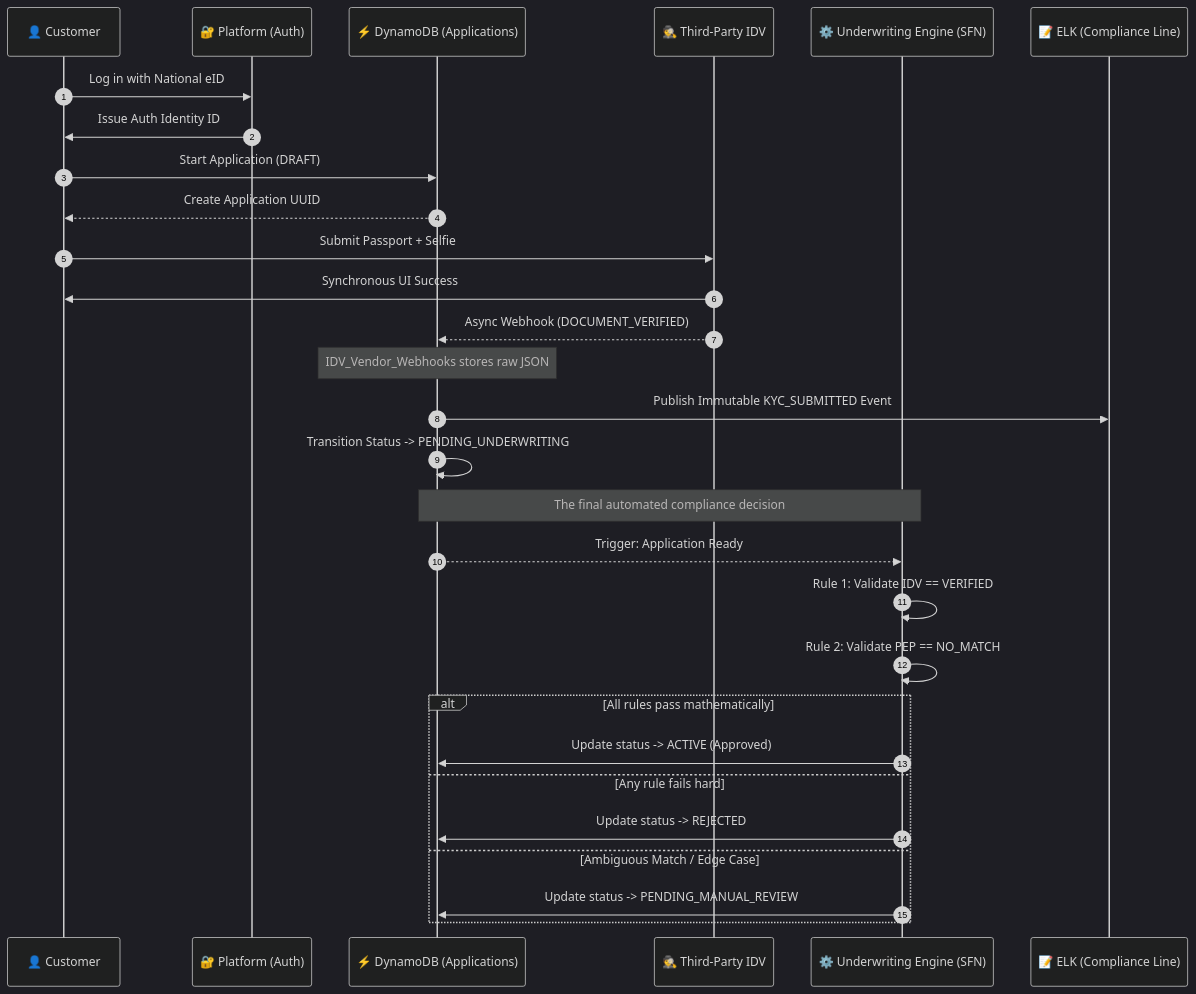
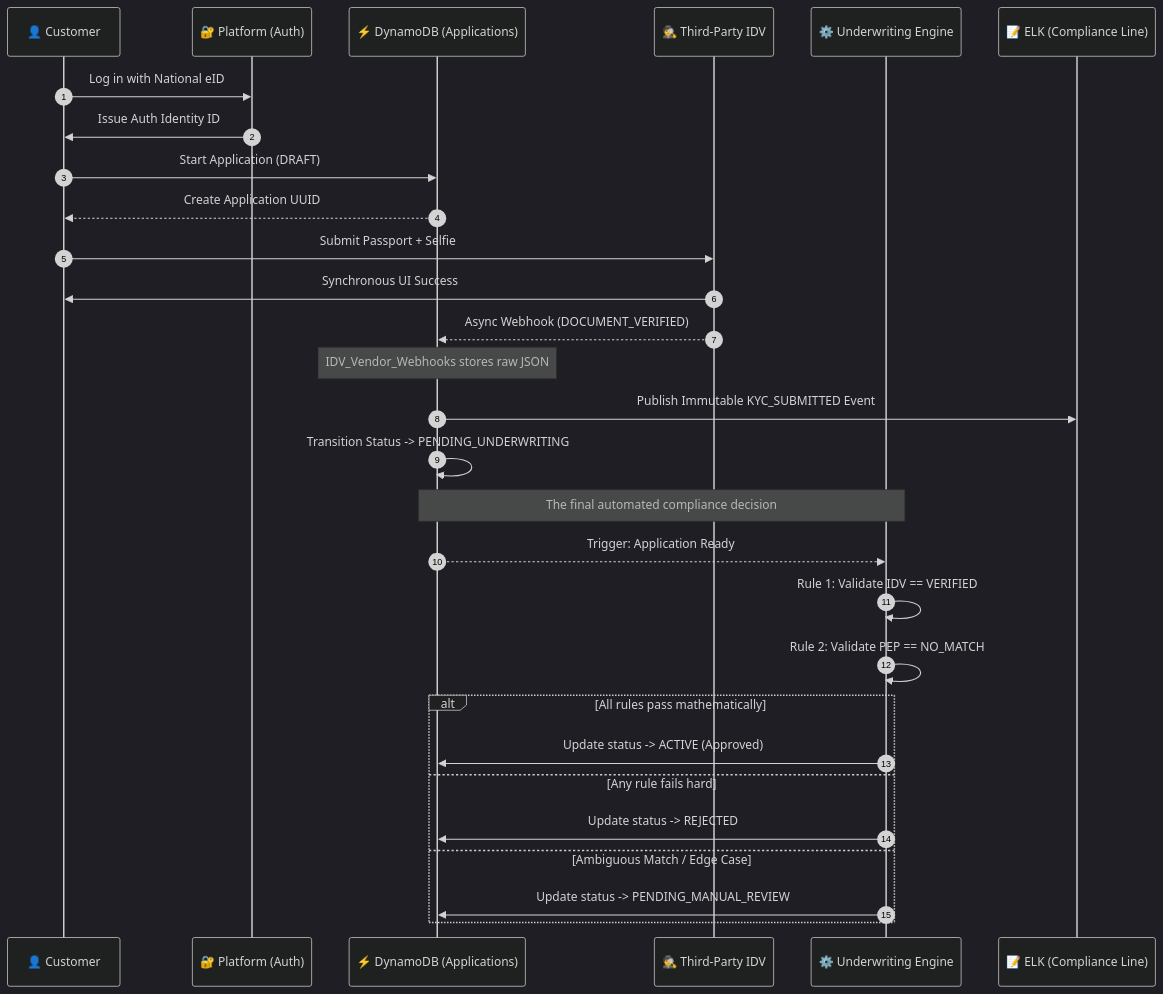
Before and after one commit to saeed-vayghan/Assignment-Fintech-Saving-Account-Private: the second of 6 diagrams in 02-requirements/09-db-model.md, drawn with Mermaid (dark theme). The commit also changed other lines of this file and 36 other files, not shown here.

````diff
--- a/02-requirements/09-db-model.md
+++ b/02-requirements/09-db-model.md
@@ -186,37 +214,37 @@
 ```mermaid
 sequenceDiagram
     autonumber
     participant User as 👤 Customer
     participant Auth as 🔐 Platform (Auth)
     participant Dynamo as ⚡ DynamoDB (Applications)
     participant IDV as 🕵️ Third-Party IDV
-    participant Engine as ⚙️ Underwriting Engine (SFN)
+    participant Engine as ⚙️ Underwriting Engine
     participant Audit as 📝 ELK (Compliance Line)
 
     User->>Auth: Log in with National eID
     Auth->>User: Issue Auth Identity ID
     
     User->>Dynamo: Start Application (DRAFT)
     Dynamo-->>User: Create Application UUID
     
     User->>IDV: Submit Passport + Selfie
     IDV->>User: Synchronous UI Success
     
     IDV-->>Dynamo: Async Webhook (DOCUMENT_VERIFIED)
     Note over Dynamo: IDV_Vendor_Webhooks stores raw JSON
     
     Dynamo->>Audit: Publish Immutable KYC_SUBMITTED Event
     Dynamo->>Dynamo: Transition Status -> PENDING_UNDERWRITING
     
     Note over Dynamo, Engine: The final automated compliance decision
     Dynamo-->>Engine: Trigger: Application Ready
     Engine->>Engine: Rule 1: Validate IDV == VERIFIED
     Engine->>Engine: Rule 2: Validate PEP == NO_MATCH
     alt All rules pass mathematically
         Engine->>Dynamo: Update status -> ACTIVE (Approved)
     else Any rule fails hard
         Engine->>Dynamo: Update status -> REJECTED
     else Ambiguous Match / Edge Case
         Engine->>Dynamo: Update status -> PENDING_MANUAL_REVIEW
     end
 ```
````
